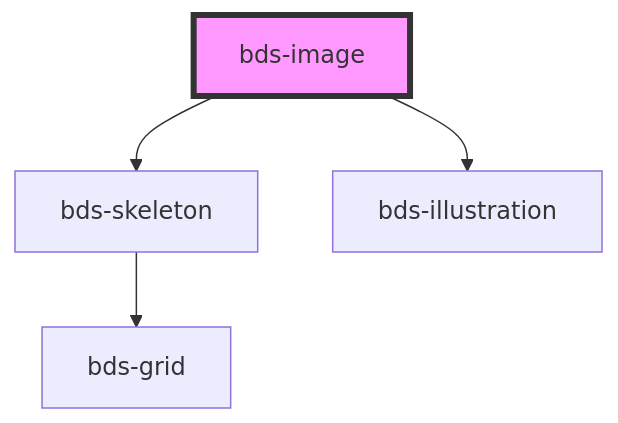
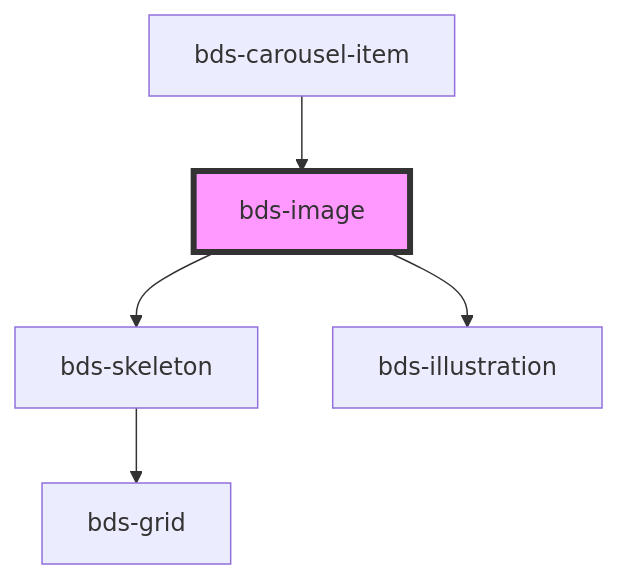
One commit to takenet/blip-ds changed the diagram in src/components/image/readme.md. Above: the diagram before and after it, drawn with Mermaid. The commit also changed other lines of this file and 10 other files, not shown here.

````diff
--- a/src/components/image/readme.md
+++ b/src/components/image/readme.md
@@ -41,7 +46,8 @@
 ```mermaid
 graph TD;
   bds-image --> bds-skeleton
   bds-image --> bds-illustration
   bds-skeleton --> bds-grid
+  bds-carousel-item --> bds-image
   style bds-image fill:#f9f,stroke:#333,stroke-width:4px
 ```
````
